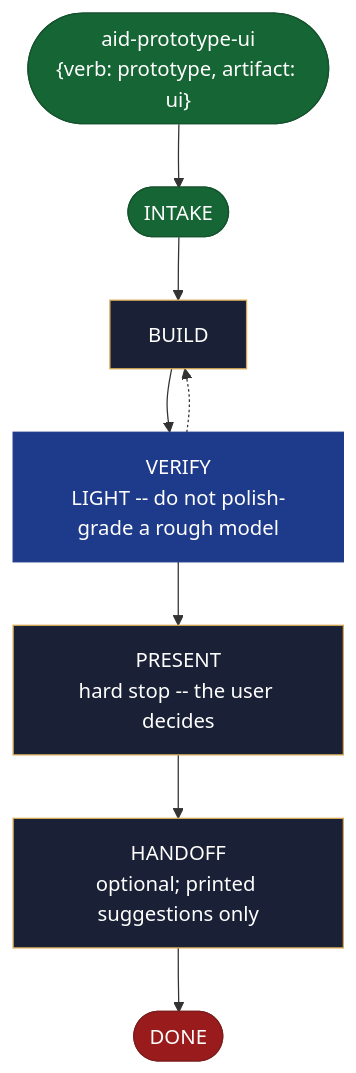
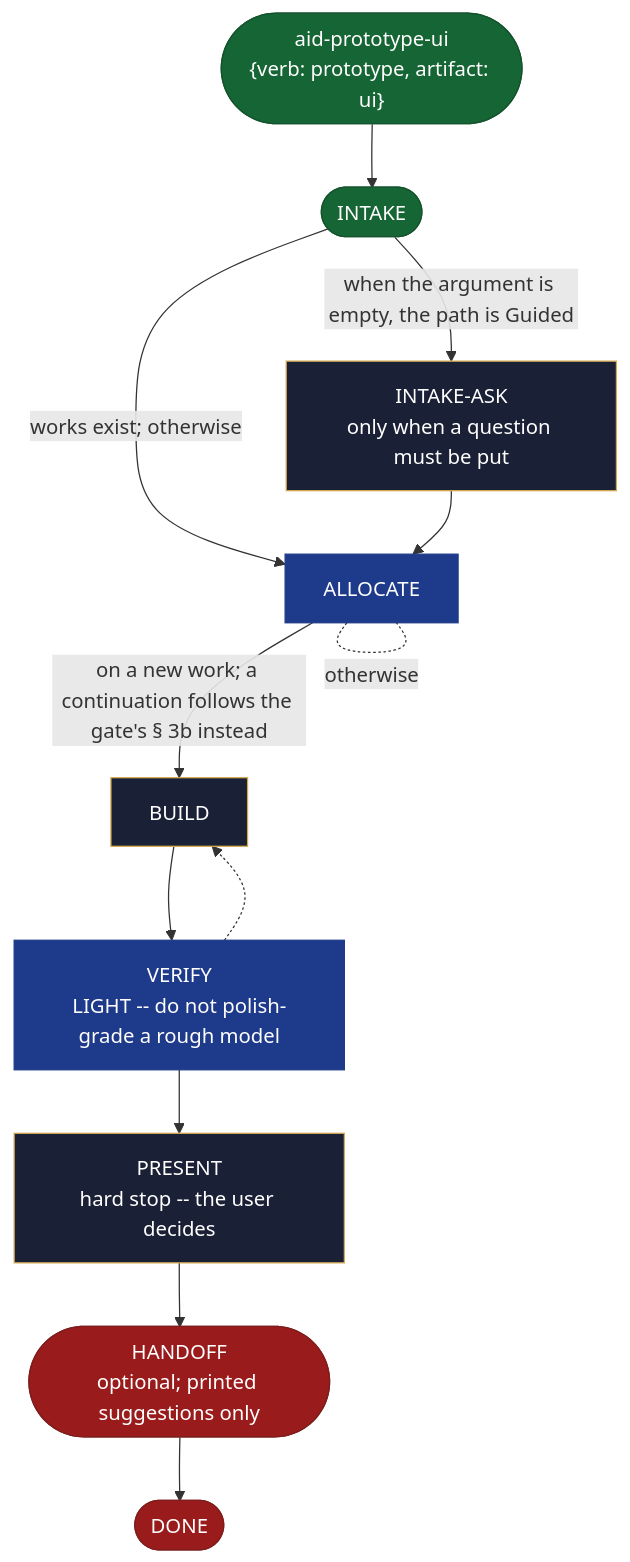
Before and after one commit to AndreVianna/aid-methodology: the diagram in site/src/content/docs/skills/aid-prototype-ui.md, drawn with Mermaid. The commit also changed other lines of this file and 51 other files, not shown here.

First line of the commit message:
task-044: fix round (starter skills: hand-off ASK then HALT, INTAKE split into check + ask, PROPOSE-SPIKE step, one ASK target per PRESENT; site flow tests follow)

````diff
--- a/site/src/content/docs/skills/aid-prototype-ui.md
+++ b/site/src/content/docs/skills/aid-prototype-ui.md
@@ -20,37 +20,47 @@
 ```mermaid
 flowchart TB
   classDef aidNode color:#fff
   classDef aidEntry fill:#166534,stroke:#14532d,color:#fff
   classDef aidExit fill:#991b1b,stroke:#7f1d1d,color:#fff
   classDef aidDecision fill:#92400e,stroke:#78350f,color:#fff
   classDef aidLoopBack fill:#1e3a8a,stroke:#1e3a8a,color:#fff
   classDef aidStep fill:#1a2035,stroke:#d4a853,color:#f1f5f9
   n1(["aid-prototype-ui<br/>{verb: prototype, artifact: ui}"])
   n2(["INTAKE"])
-  n3["BUILD"]
-  n4["VERIFY<br/>LIGHT -- do not polish-grade a rough model"]
-  n5["PRESENT<br/>hard stop -- the user decides"]
-  n6["HANDOFF<br/>optional; printed suggestions only"]
-  n7(["DONE"])
+  n3["INTAKE-ASK<br/>only when a question must be put"]
+  n4["ALLOCATE"]
+  n5["BUILD"]
+  n6["VERIFY<br/>LIGHT -- do not polish-grade a rough model"]
+  n7["PRESENT<br/>hard stop -- the user decides"]
+  n8(["HANDOFF<br/>optional; printed suggestions only"])
+  n9(["DONE"])
   n1 --> n2
-  n2 --> n3
+  n2 -->|"when the argument is empty, the path is Guided"| n3
+  n2 -->|"works exist; otherwise"| n4
   n3 --> n4
-  n4 -.-> n3
-  n4 --> n5
+  n4 -. "otherwise" .- n4
+  n4 -->|"on a new work; a continuation follows the gate's § 3b instead"| n5
   n5 --> n6
+  n6 -.-> n5
   n6 --> n7
+  n7 --> n8
+  n8 --> n9
   class n1 aidEntry
   class n2 aidEntry
   class n3 aidStep
   class n4 aidLoopBack
   class n5 aidStep
-  class n6 aidStep
-  class n7 aidExit
+  class n6 aidLoopBack
+  class n7 aidStep
+  class n8 aidExit
+  class n9 aidExit
   class n1 aidNode
   class n2 aidNode
   class n3 aidNode
   class n4 aidNode
   class n5 aidNode
   class n6 aidNode
   class n7 aidNode
+  class n8 aidNode
+  class n9 aidNode
 ```
````
